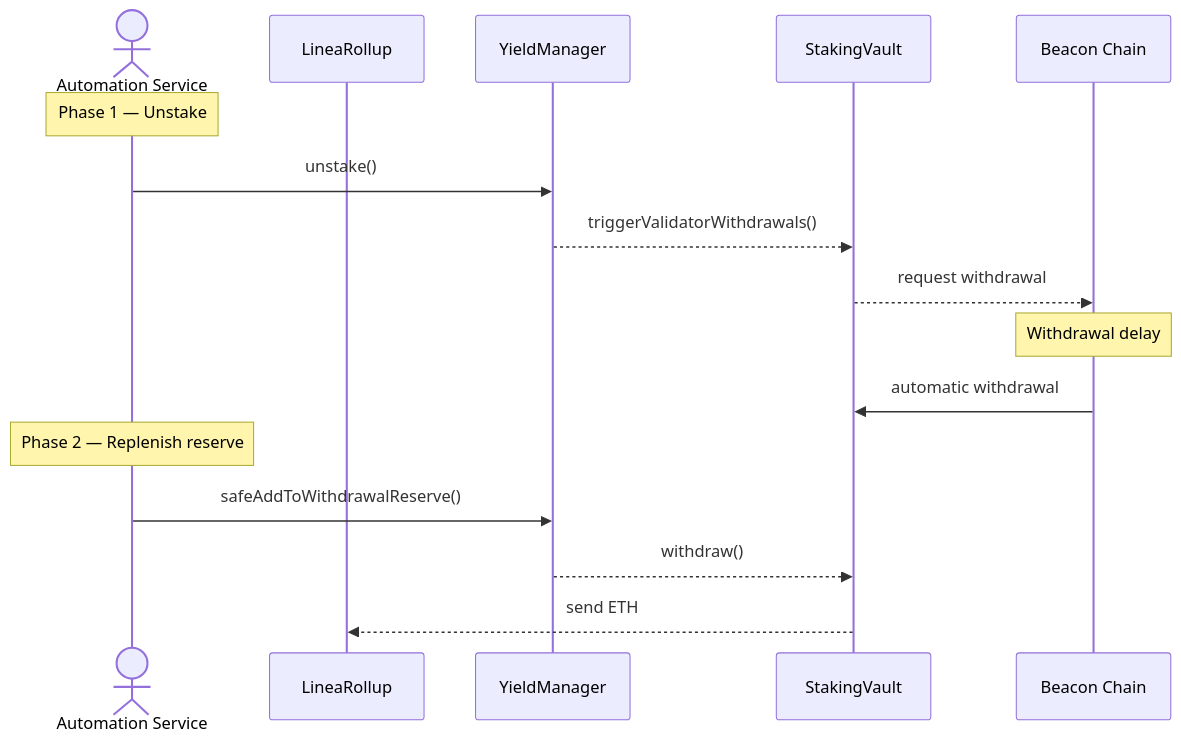
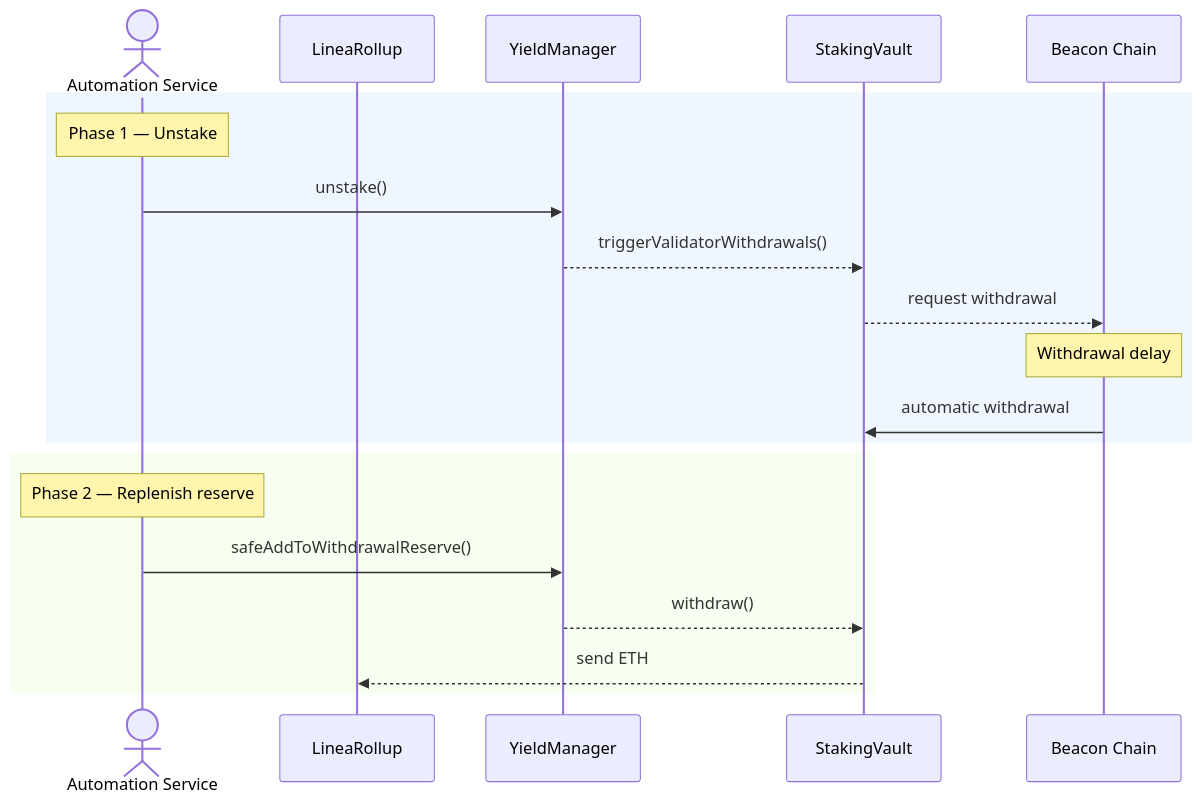
The fifth of 8 diagrams in docs/yield-boost-fund-flow.md (Consensys/linea-monorepo), drawn with Mermaid before and after one commit. The commit also changed other lines of this file, not shown here.

First line of the commit message:
docs: add visual phase grouping to reserve replenishment diagrams

````diff
--- a/docs/yield-boost-fund-flow.md
+++ b/docs/yield-boost-fund-flow.md
@@ -143,20 +143,24 @@
 ```mermaid
 sequenceDiagram
     actor Auto as Automation Service
     participant LR as LineaRollup
     participant YM as YieldManager
     participant SV as StakingVault
     participant BC as Beacon Chain
 
-    Note over Auto: Phase 1 — Unstake
-    Auto->>YM: unstake()
-    YM-->>SV: triggerValidatorWithdrawals()
-    SV-->>BC: request withdrawal
-    Note over BC: Withdrawal delay
-    BC->>SV: automatic withdrawal
+    rect rgba(230, 240, 255, 0.6)
+        Note over Auto: Phase 1 — Unstake
+        Auto->>YM: unstake()
+        YM-->>SV: triggerValidatorWithdrawals()
+        SV-->>BC: request withdrawal
+        Note over BC: Withdrawal delay
+        BC->>SV: automatic withdrawal
+    end
 
-    Note over Auto: Phase 2 — Replenish reserve
-    Auto->>YM: safeAddToWithdrawalReserve()
-    YM-->>SV: withdraw()
-    SV-->>LR: send ETH
+    rect rgba(240, 255, 230, 0.6)
+        Note over Auto: Phase 2 — Replenish reserve
+        Auto->>YM: safeAddToWithdrawalReserve()
+        YM-->>SV: withdraw()
+        SV-->>LR: send ETH
+    end
 ```
````
